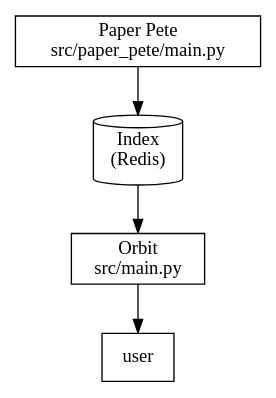
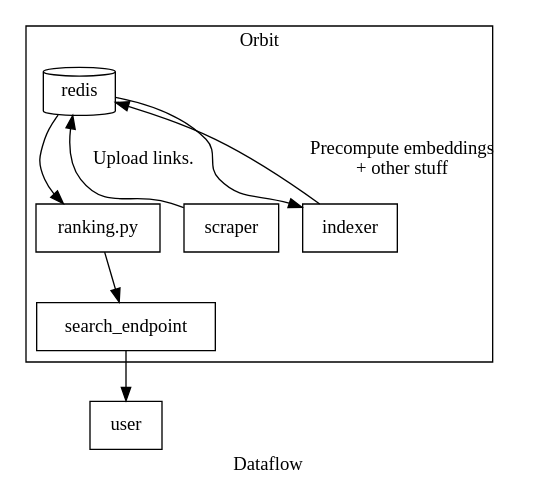
The diagram in site/index.org (wmedrano/orbit), drawn with Graphviz before and after one commit. The commit also changed other lines of this file and 6 other files, not shown here.

```diff
--- a/site/index.org
+++ b/site/index.org
@@ -27,11 +27,17 @@
 #+BEGIN_SRC dot :file architecture.png
-  digraph {
-    node[shape=record];
-    paper_pete -> index -> orbit -> user;
-
-    paper_pete[label="Paper Pete\nsrc/paper_pete/main.py"];
-    index[label="Index\n(Redis)", shape=cylinder];
-    orbit[label="Orbit\nsrc/main.py"];
-    user[label="user"];
+digraph {
+  node[shape=record];
+  label="Dataflow";
+  subgraph cluster_0 {
+    label="Orbit"
+    redis -> scraper[style=invis];
+    redis -> ranking -> search_endpoint;
+    scraper -> redis[label="Upload links."];
+    redis -> indexer;
+    indexer -> redis[label="Precompute embeddings\n+ other stuff"];
+    redis[shape=cylinder];
+    ranking[label="ranking.py"];
   }
+  search_endpoint -> user;
+}
 #+END_SRC
```
